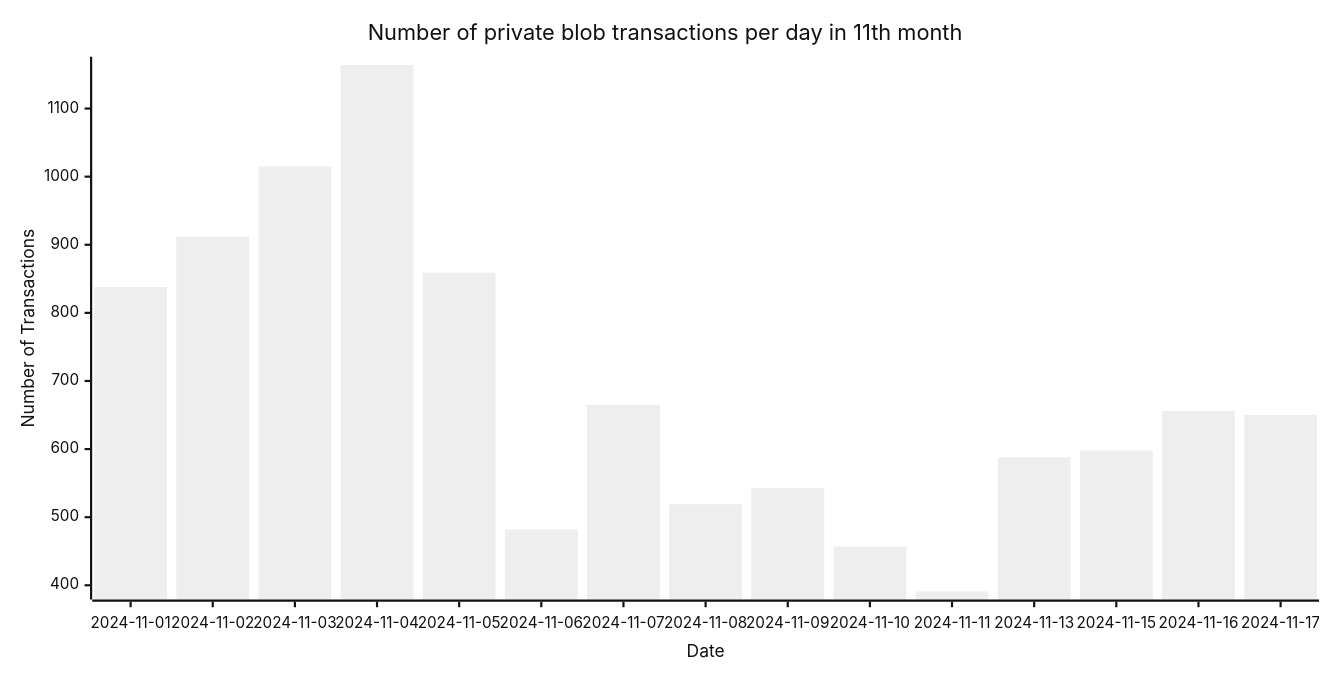
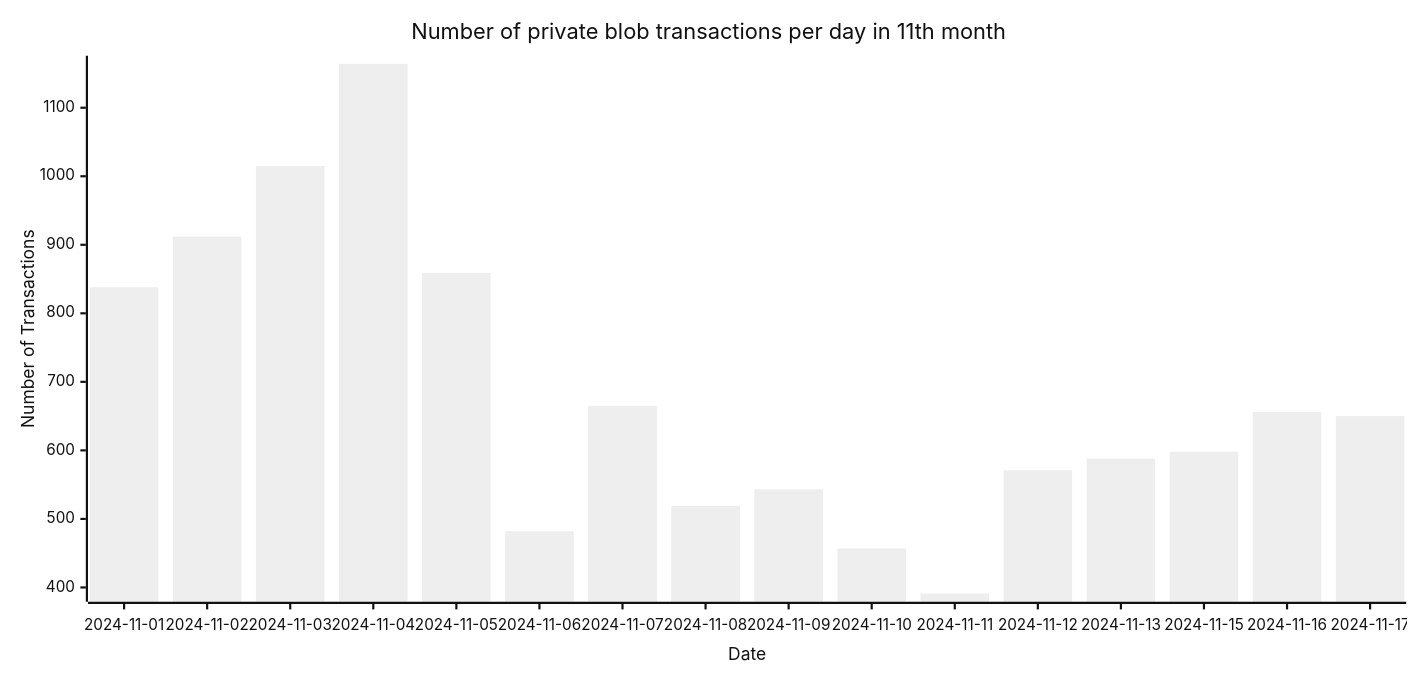
Before and after one commit to Amit0617/eip4844-data: the ninth of 9 diagrams in README.md, drawn with Mermaid (neutral theme). The commit also changed 1 other file, not shown here.

````diff
--- a/README.md
+++ b/README.md
@@ -105,12 +105,12 @@
 ```mermaid
 ---
 config:
     xyChart:
-        width: 1200
+        width: 1280
         height: 600
 ---
 xychart-beta title "Number of private blob transactions per day in 11th month"
-x-axis "Date" [2024-11-01,2024-11-02,2024-11-03,2024-11-04,2024-11-05,2024-11-06,2024-11-07,2024-11-08,2024-11-09,2024-11-10,2024-11-11,2024-11-13,2024-11-15,2024-11-16,2024-11-17]
+x-axis "Date" [2024-11-01,2024-11-02,2024-11-03,2024-11-04,2024-11-05,2024-11-06,2024-11-07,2024-11-08,2024-11-09,2024-11-10,2024-11-11,2024-11-12,2024-11-13,2024-11-15,2024-11-16,2024-11-17]
 y-axis "Number of Transactions"
-bar[838,912,1015,1164,859,482,665,519,543,457,391,588,598,656,650]
+bar[838,912,1015,1164,859,482,665,519,543,457,391,571,588,598,656,650]
 ```
````
